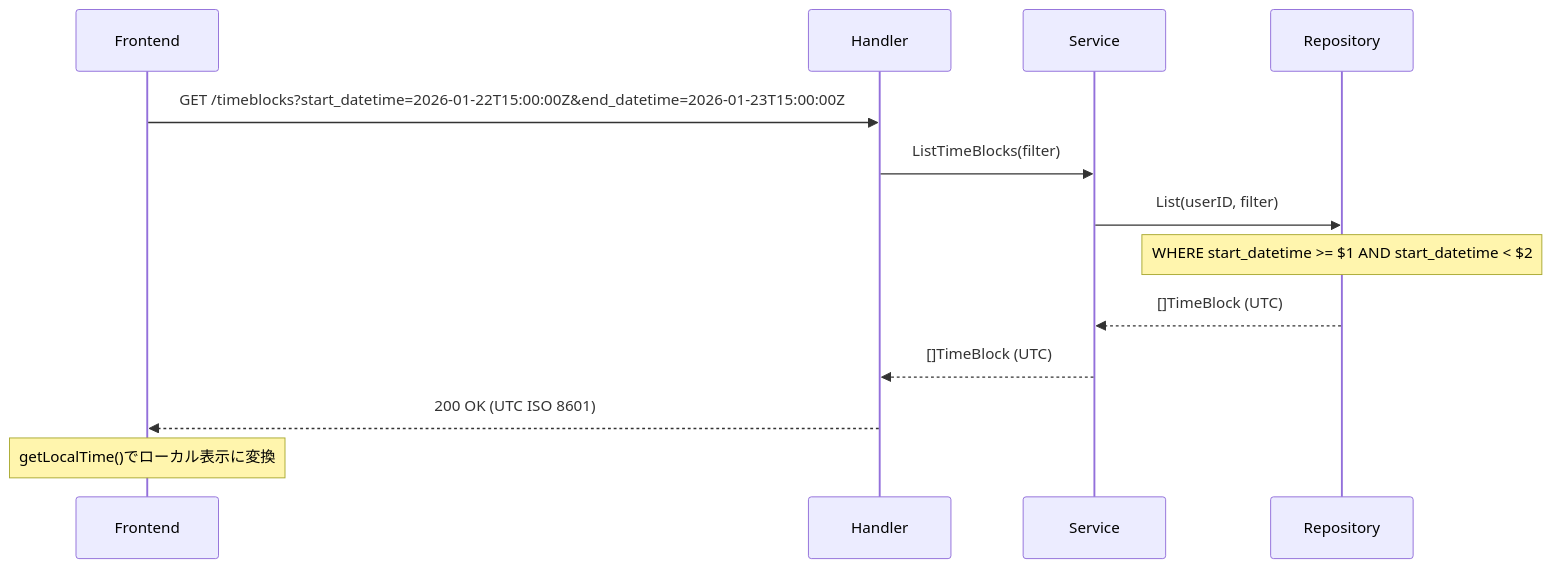
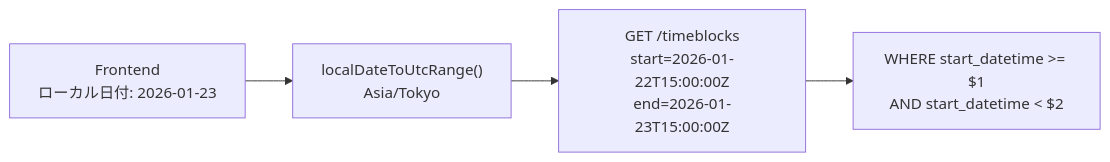
Before and after one commit to yu-min3/kensan: the third of 4 diagrams in backend/services/timeblock/ARCHITECTURE.md, drawn with Mermaid. The commit also changed other lines of this file and 117 other files, not shown here.

````diff
--- a/backend/services/timeblock/ARCHITECTURE.md
+++ b/backend/services/timeblock/ARCHITECTURE.md
@@ -321,16 +164,9 @@
 ```mermaid
-sequenceDiagram
-    participant Frontend
-    participant Handler
-    participant Service
-    participant Repository
+flowchart LR
+    FE["Frontend<br/>ローカル日付: 2026-01-23"]
+    Conv["localDateToUtcRange()<br/>Asia/Tokyo"]
+    API["GET /timeblocks<br/>start=2026-01-22T15:00:00Z<br/>end=2026-01-23T15:00:00Z"]
+    DB["WHERE start_datetime >= $1<br/>AND start_datetime < $2"]
 
-    Frontend->>Handler: GET /timeblocks?start_datetime=2026-01-22T15:00:00Z&end_datetime=2026-01-23T15:00:00Z
-    Handler->>Service: ListTimeBlocks(filter)
-    Service->>Repository: List(userID, filter)
-    Note over Repository: WHERE start_datetime >= $1 AND start_datetime < $2
-    Repository-->>Service: []TimeBlock (UTC)
-    Service-->>Handler: []TimeBlock (UTC)
-    Handler-->>Frontend: 200 OK (UTC ISO 8601)
-    Note over Frontend: getLocalTime()でローカル表示に変換
+    FE --> Conv --> API --> DB
 ```
````
